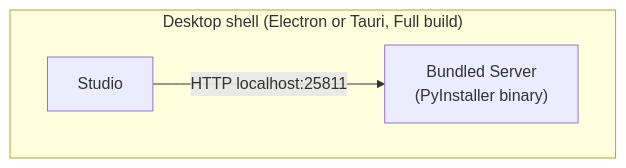
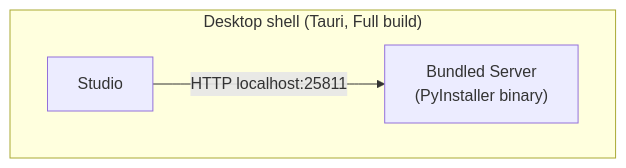
Before and after one commit to Sigilweaver/Loom: the first of 5 diagrams in docs/docs/developer/architecture/component-relationships.md, drawn with Mermaid. The commit also changed other lines of this file and 47 other files, not shown here.

````diff
--- a/docs/docs/developer/architecture/component-relationships.md
+++ b/docs/docs/developer/architecture/component-relationships.md
@@ -32,8 +32,8 @@
 ```mermaid
 flowchart TB
-    subgraph Shell["Desktop shell (Electron or Tauri, Full build)"]
+    subgraph Shell["Desktop shell (Tauri, Full build)"]
         Studio["Studio"]
         Server["Bundled Server<br/>(PyInstaller binary)"]
     end
     Studio -->|"HTTP localhost:25811"| Server
 ```
````
